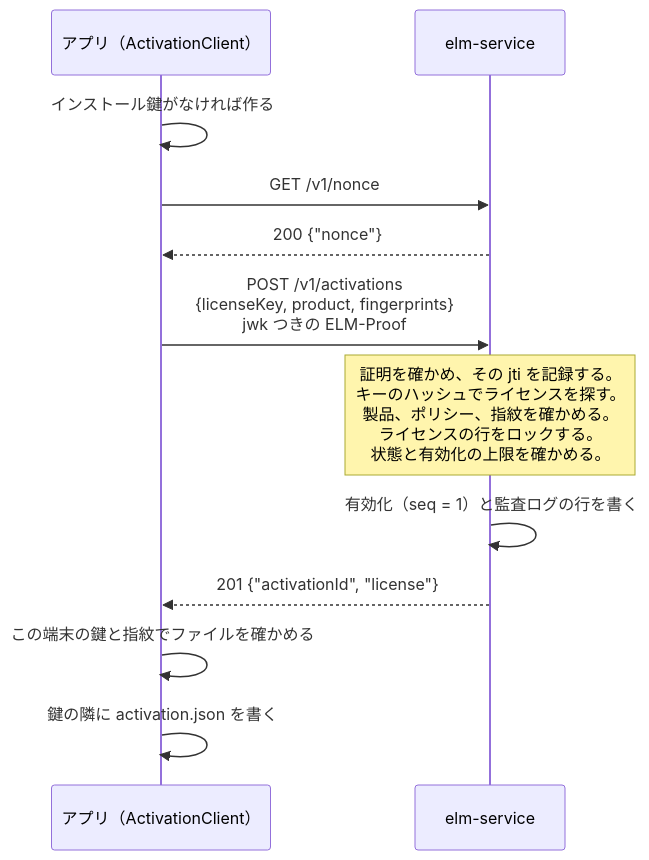
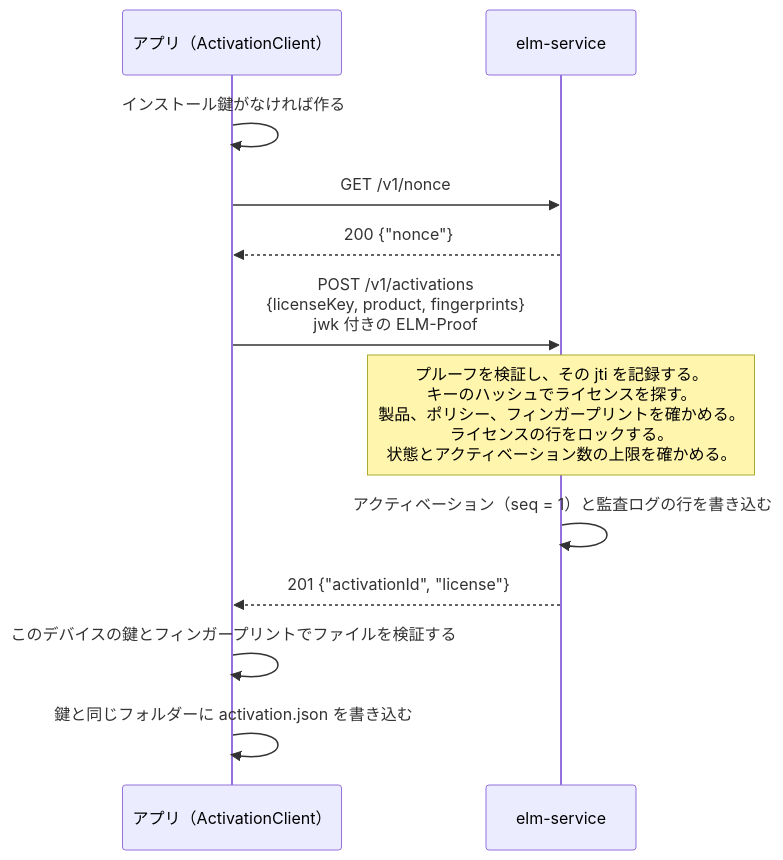
The second of 3 diagrams in docs/guide.ja/explanation/activation.md (YUKIKEDA/ElasticLM), drawn with Mermaid before and after one commit. The commit also changed other lines of this file and 17 other files, not shown here.

````diff
--- a/docs/guide.ja/explanation/activation.md
+++ b/docs/guide.ja/explanation/activation.md
@@ -95,14 +95,14 @@
 ```mermaid
 sequenceDiagram
     participant A as アプリ（ActivationClient）
     participant S as elm-service
     A->>A: インストール鍵がなければ作る
     A->>S: GET /v1/nonce
     S-->>A: 200 {"nonce"}
-    A->>S: POST /v1/activations<br/>{licenseKey, product, fingerprints}<br/>jwk つきの ELM-Proof
-    Note over S: 証明を確かめ、その jti を記録する。<br/>キーのハッシュでライセンスを探す。<br/>製品、ポリシー、指紋を確かめる。<br/>ライセンスの行をロックする。<br/>状態と有効化の上限を確かめる。
-    S->>S: 有効化（seq = 1）と監査ログの行を書く
+    A->>S: POST /v1/activations<br/>{licenseKey, product, fingerprints}<br/>jwk 付きの ELM-Proof
+    Note over S: プルーフを検証し、その jti を記録する。<br/>キーのハッシュでライセンスを探す。<br/>製品、ポリシー、フィンガープリントを確かめる。<br/>ライセンスの行をロックする。<br/>状態とアクティベーション数の上限を確かめる。
+    S->>S: アクティベーション（seq = 1）と監査ログの行を書き込む
     S-->>A: 201 {"activationId", "license"}
-    A->>A: この端末の鍵と指紋でファイルを確かめる
-    A->>A: 鍵の隣に activation.json を書く
+    A->>A: このデバイスの鍵とフィンガープリントでファイルを検証する
+    A->>A: 鍵と同じフォルダーに activation.json を書き込む
 ```
````
